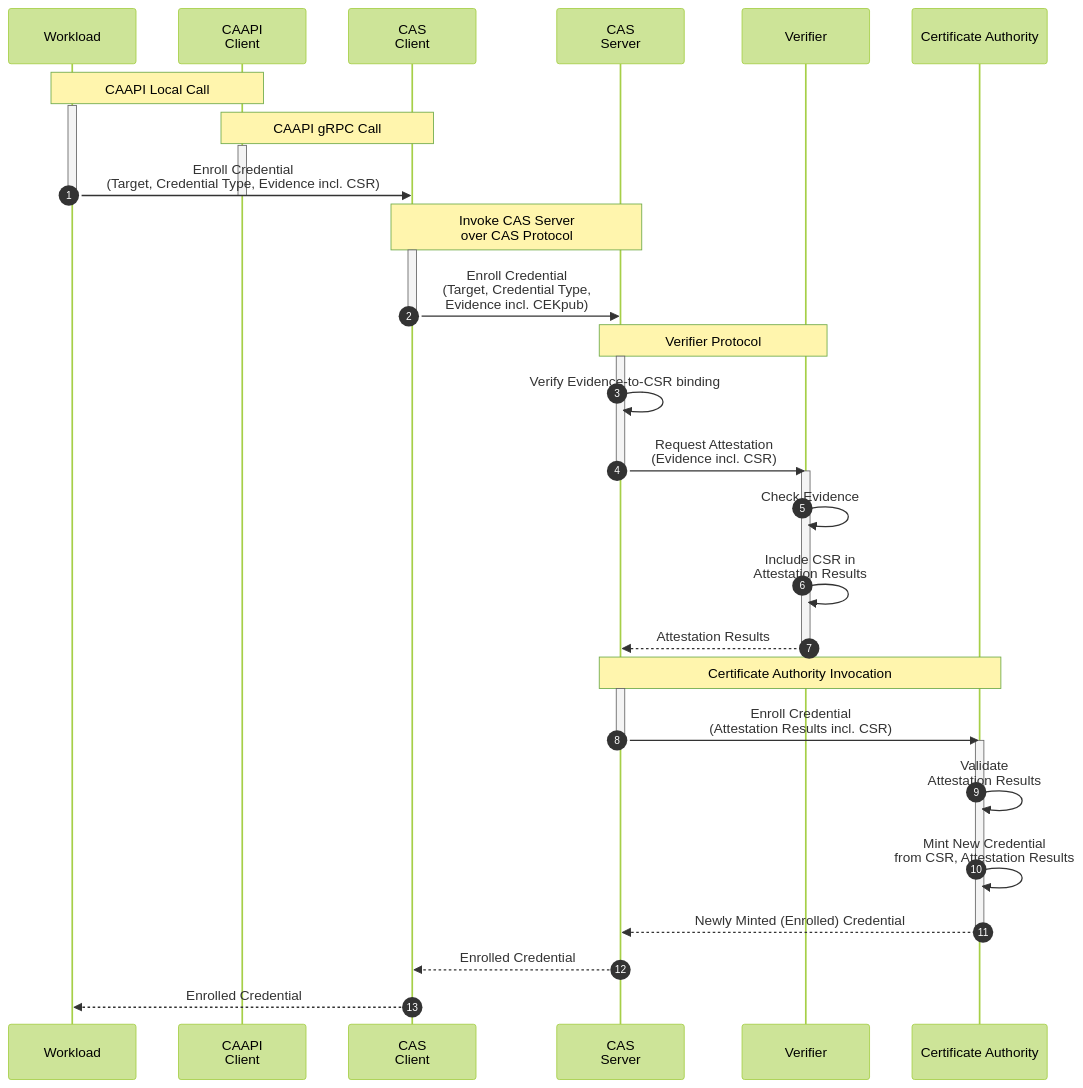
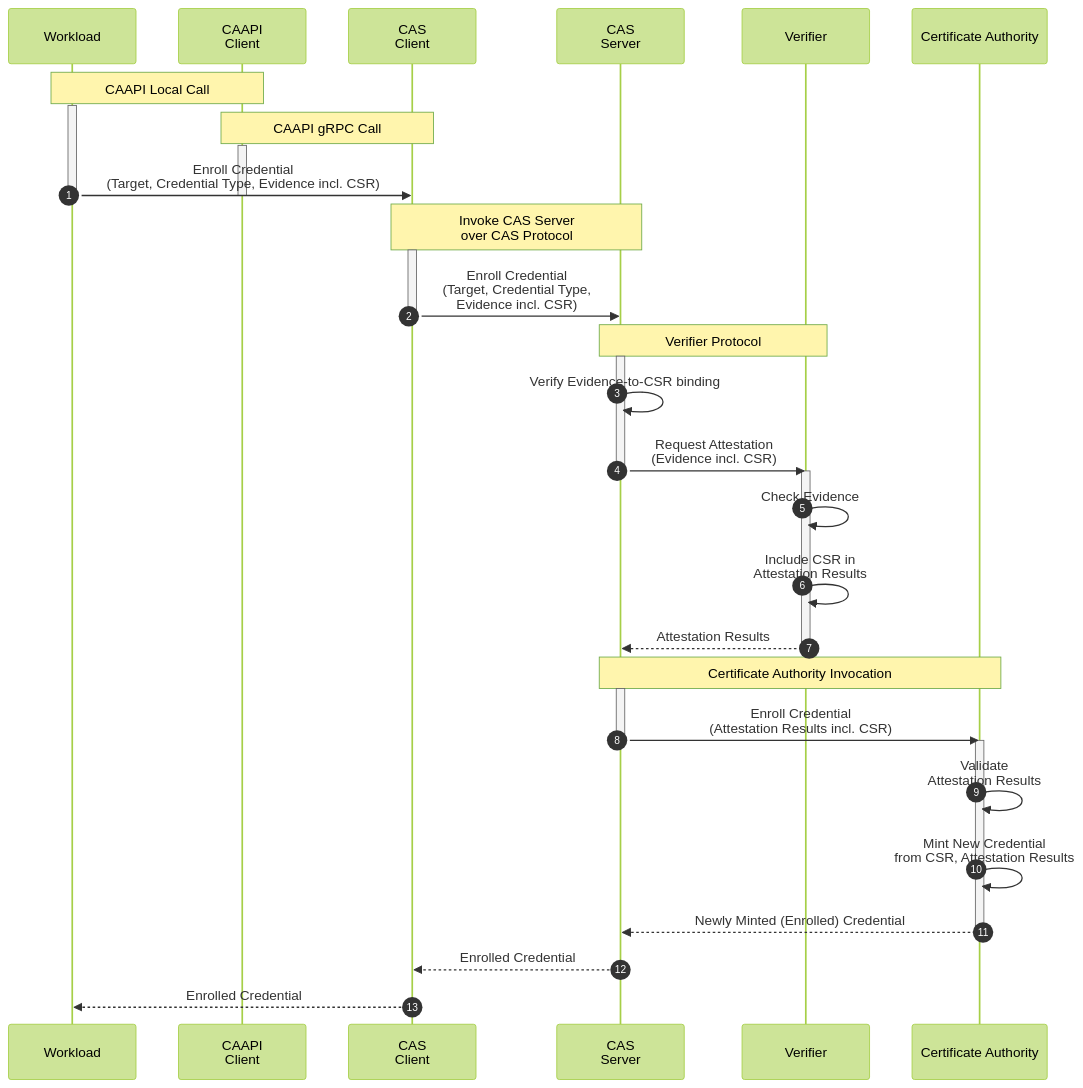
One commit to TWI-Unified-Model/tacra changed the diagram in proto/enroll.mmd. Above: the diagram before and after it, drawn with Mermaid (forest theme).

Commit message:
Fixed copy-n-paste typo

```diff
--- a/proto/enroll.mmd
+++ b/proto/enroll.mmd
@@ -1,43 +1,43 @@
 %% Minting new proof-of-possession credentials
 sequenceDiagram
     participant W as Workload
     participant CAA_C as CAAPI<br/>Client
     participant CAS_C as CAS<br/>Client
     participant CAS_S as CAS<br/>Server
     participant V as Verifier
     participant CA as Certificate Authority
 
     autonumber
 
     note over W, CAA_C: CAAPI Local Call
     activate W
     note over CAA_C, CAS_C: CAAPI gRPC Call
     activate CAA_C
     W->>CAS_C: Enroll Credential<br/>(Target, Credential Type, Evidence incl. CSR)
     deactivate CAA_C
     deactivate W
     note over CAS_C, CAS_S: Invoke CAS Server<br/>over CAS Protocol
     activate CAS_C
-    CAS_C->>CAS_S: Enroll Credential<br/>(Target, Credential Type,<br/>Evidence incl. CEKpub)
+    CAS_C->>CAS_S: Enroll Credential<br/>(Target, Credential Type,<br/>Evidence incl. CSR)
     deactivate CAS_C
     note over CAS_S, V: Verifier Protocol
     activate CAS_S
     CAS_S->>CAS_S: Verify Evidence-to-CSR binding
     CAS_S->>V: Request Attestation<br/>(Evidence incl. CSR)
     deactivate CAS_S
     activate V
     V->>V: Check Evidence
     V->>V: Include CSR in<br/>Attestation Results
     V-->>CAS_S: Attestation Results
     deactivate V
     note over CAS_S, CA: Certificate Authority Invocation
     activate CAS_S
     CAS_S->>CA: Enroll Credential<br/>(Attestation Results incl. CSR)
     deactivate CAS_S
     activate CA
     CA->>CA: Validate<br/>Attestation Results
     CA->>CA: Mint New Credential<br/>from CSR, Attestation Results
     CA-->>CAS_S: Newly Minted (Enrolled) Credential
     deactivate CA
     CAS_S-->>CAS_C: Enrolled Credential
     CAS_C-->>W: Enrolled Credential
```
